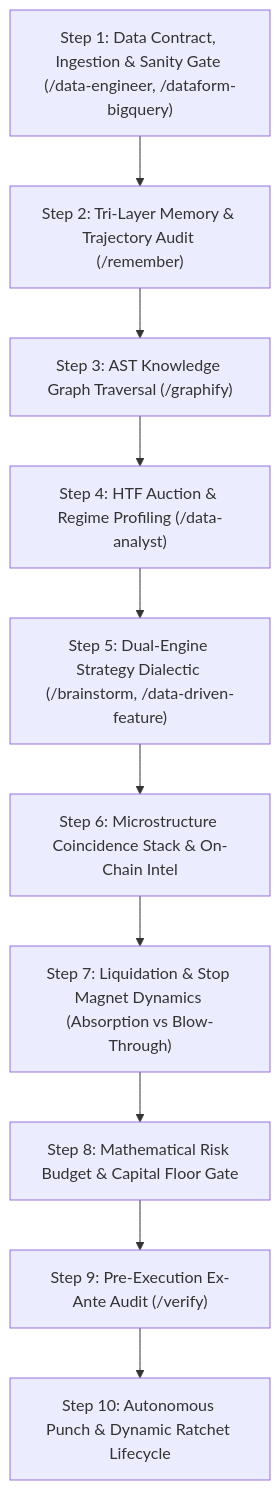
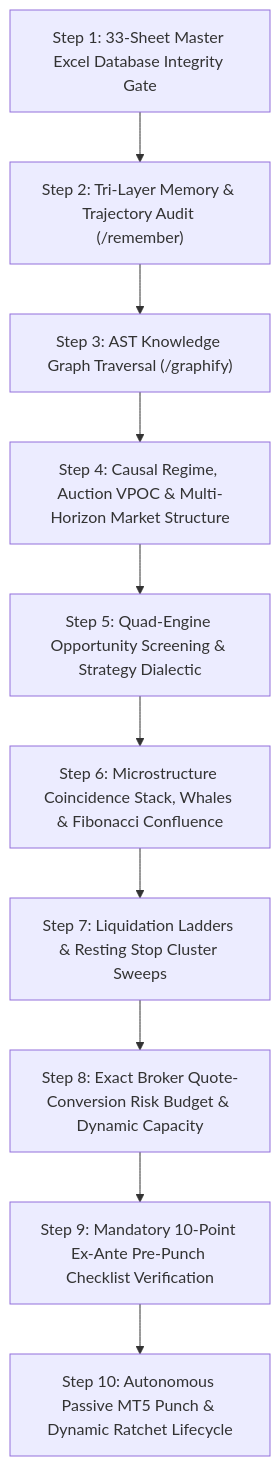
The second of 3 diagrams in docs/Mandatory_Rules/STANDARDIZED_TRADING_DECISION_CHAIN.md (kbsingh1399/Trading_2), drawn with Mermaid before and after one commit. The commit also changed other lines of this file and 6 other files, not shown here.

````diff
--- a/docs/Mandatory_Rules/STANDARDIZED_TRADING_DECISION_CHAIN.md
+++ b/docs/Mandatory_Rules/STANDARDIZED_TRADING_DECISION_CHAIN.md
@@ -65,12 +162,12 @@
 ```mermaid
 flowchart TD
-    Step1["Step 1: Data Contract, Ingestion & Sanity Gate (/data-engineer, /dataform-bigquery)"] --> Step2["Step 2: Tri-Layer Memory & Trajectory Audit (/remember)"]
+    Step1["Step 1: 33-Sheet Master Excel Database Integrity Gate"] --> Step2["Step 2: Tri-Layer Memory & Trajectory Audit (/remember)"]
     Step2 --> Step3["Step 3: AST Knowledge Graph Traversal (/graphify)"]
-    Step3 --> Step4["Step 4: HTF Auction & Regime Profiling (/data-analyst)"]
-    Step4 --> Step5["Step 5: Dual-Engine Strategy Dialectic (/brainstorm, /data-driven-feature)"]
-    Step5 --> Step6["Step 6: Microstructure Coincidence Stack & On-Chain Intel"]
-    Step6 --> Step7["Step 7: Liquidation & Stop Magnet Dynamics (Absorption vs Blow-Through)"]
-    Step7 --> Step8["Step 8: Mathematical Risk Budget & Capital Floor Gate"]
-    Step8 --> Step9["Step 9: Pre-Execution Ex-Ante Audit (/verify)"]
-    Step9 --> Step10["Step 10: Autonomous Punch & Dynamic Ratchet Lifecycle"]
+    Step3 --> Step4["Step 4: Causal Regime, Auction VPOC & Multi-Horizon Market Structure"]
+    Step4 --> Step5["Step 5: Quad-Engine Opportunity Screening & Strategy Dialectic"]
+    Step5 --> Step6["Step 6: Microstructure Coincidence Stack, Whales & Fibonacci Confluence"]
+    Step6 --> Step7["Step 7: Liquidation Ladders & Resting Stop Cluster Sweeps"]
+    Step7 --> Step8["Step 8: Exact Broker Quote-Conversion Risk Budget & Dynamic Capacity"]
+    Step8 --> Step9["Step 9: Mandatory 10-Point Ex-Ante Pre-Punch Checklist Verification"]
+    Step9 --> Step10["Step 10: Autonomous Passive MT5 Punch & Dynamic Ratchet Lifecycle"]
 ```
````
